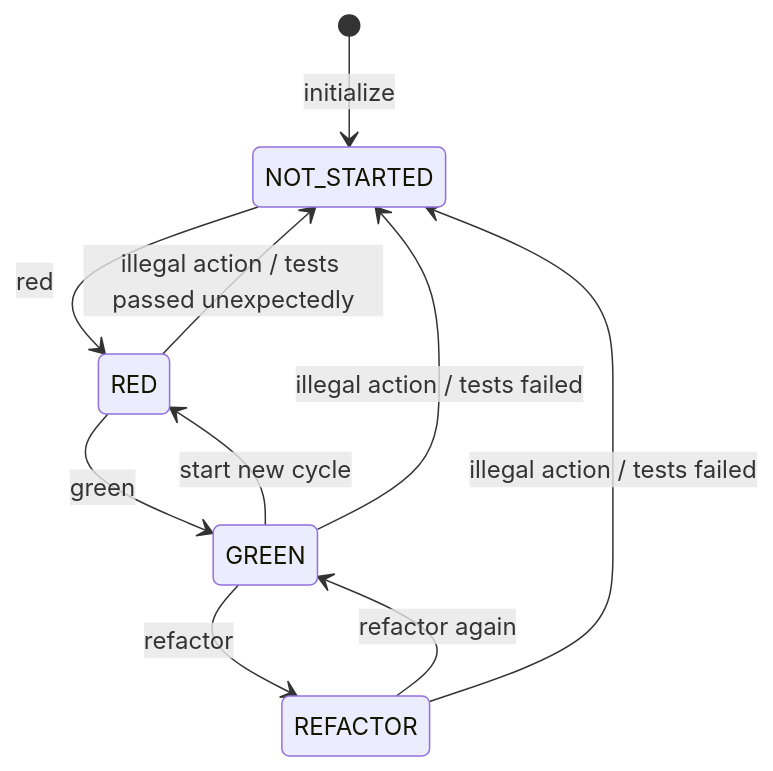
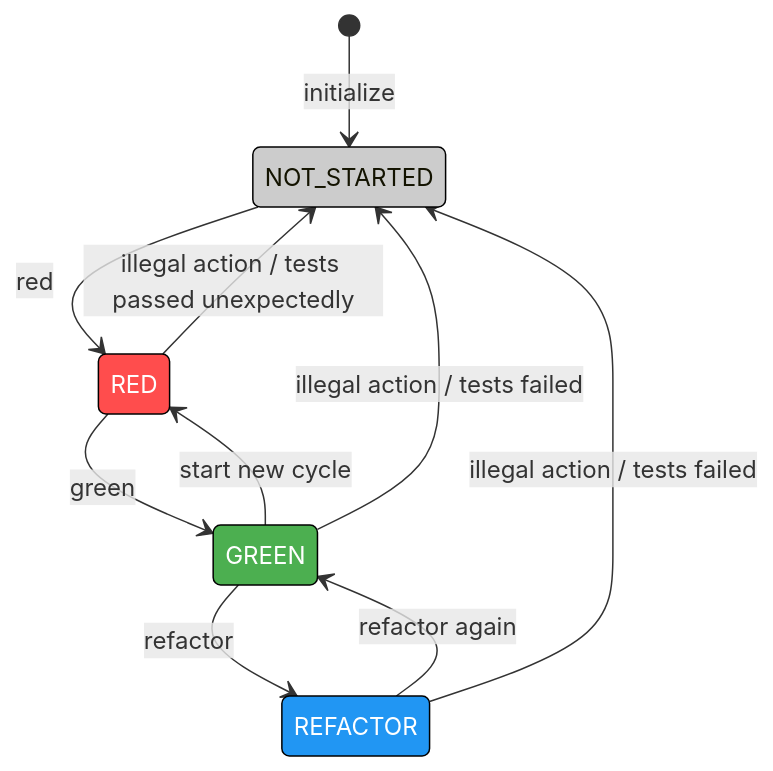
One commit to ymedaghri/git-bet changed the diagram in README.md. Above: the diagram before and after it, drawn with Mermaid.

Commit message:
docs(readme): mermaid enhancements with colors

````diff
--- a/README.md
+++ b/README.md
@@ -23,13 +23,20 @@
 ```mermaid
 stateDiagram-v2
     [*] --> NOT_STARTED : initialize
     NOT_STARTED --> RED : red
     RED --> GREEN : green
     GREEN --> REFACTOR : refactor
     REFACTOR --> GREEN : refactor again
     GREEN --> RED : start new cycle
     RED --> NOT_STARTED : illegal action / tests passed unexpectedly
     GREEN --> NOT_STARTED : illegal action / tests failed
     REFACTOR --> NOT_STARTED : illegal action / tests failed
 
+    %% Color the phases
+    style RED fill:#ff4d4d,stroke:#000,stroke-width:1px,color:#fff
+    style GREEN fill:#4CAF50,stroke:#000,stroke-width:1px,color:#fff
+    style REFACTOR fill:#2196F3,stroke:#000,stroke-width:1px,color:#fff
+    style NOT_STARTED fill:#cccccc,stroke:#000,stroke-width:1px
+
+
 ```
````
